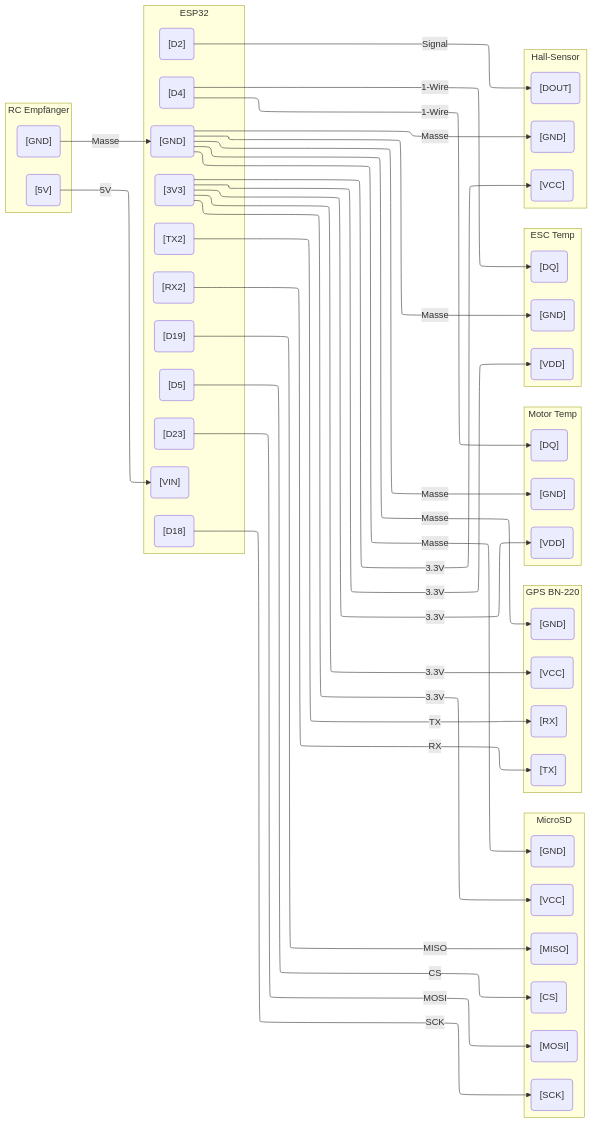
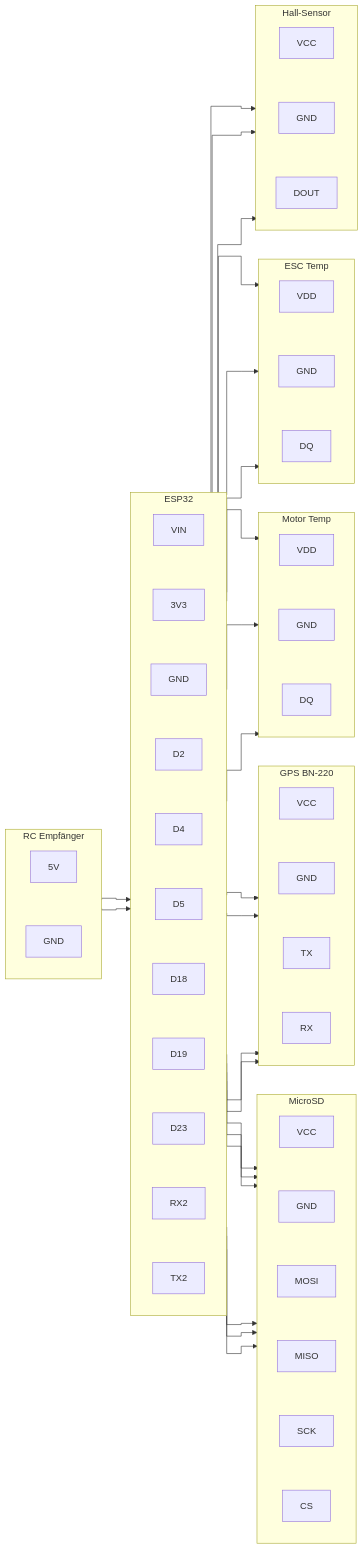
One commit to kleinnconrad/carten_telemetrie changed the diagram in schaltplan/readme.md. Above: the diagram before and after it, drawn with Mermaid.

Commit message:
docs: add readme for RC telemetry system circuit documentation

````diff
--- a/schaltplan/readme.md
+++ b/schaltplan/readme.md
@@ -25,90 +25,65 @@
 ```mermaid
-%%{init: {"flowchart": {"defaultRenderer": "elk"}}}%%
+%%{init: {"flowchart": {"curve": "stepBefore"}}}%%
 flowchart LR
     subgraph RC ["RC Empfänger"]
         direction TB
-        rc_5v("[5V]")
-        rc_gnd("[GND]")
+        rc_5v[5V] ~~~ rc_gnd[GND]
     end
 
     subgraph ESP ["ESP32"]
         direction TB
-        esp_vin("[VIN]")
-        esp_3v3("[3V3]")
-        esp_gnd("[GND]")
-        esp_d2("[D2]")
-        esp_d4("[D4]")
-        esp_d5("[D5]")
-        esp_d18("[D18]")
-        esp_d19("[D19]")
-        esp_d23("[D23]")
-        esp_rx2("[RX2]")
-        esp_tx2("[TX2]")
+        esp_vin[VIN] ~~~ esp_3v3[3V3] ~~~ esp_gnd[GND] ~~~ esp_d2[D2] ~~~ esp_d4[D4] ~~~ esp_d5[D5] ~~~ esp_d18[D18] ~~~ esp_d19[D19] ~~~ esp_d23[D23] ~~~ esp_rx2[RX2] ~~~ esp_tx2[TX2]
     end
 
     subgraph SD ["MicroSD"]
         direction TB
-        sd_vcc("[VCC]")
-        sd_gnd("[GND]")
-        sd_mosi("[MOSI]")
-        sd_miso("[MISO]")
-        sd_sck("[SCK]")
-        sd_cs("[CS]")
+        sd_vcc[VCC] ~~~ sd_gnd[GND] ~~~ sd_mosi[MOSI] ~~~ sd_miso[MISO] ~~~ sd_sck[SCK] ~~~ sd_cs[CS]
     end
 
     subgraph GPS ["GPS BN-220"]
         direction TB
-        gps_vcc("[VCC]")
-        gps_gnd("[GND]")
-        gps_tx("[TX]")
-        gps_rx("[RX]")
+        gps_vcc[VCC] ~~~ gps_gnd[GND] ~~~ gps_tx[TX] ~~~ gps_rx[RX]
     end
 
     subgraph MOT ["Motor Temp"]
         direction TB
-        mot_vcc("[VDD]")
-        mot_gnd("[GND]")
-        mot_dq("[DQ]")
+        mot_vcc[VDD] ~~~ mot_gnd[GND] ~~~ mot_dq[DQ]
     end
 
     subgraph ESC ["ESC Temp"]
         direction TB
-        esc_vcc("[VDD]")
-        esc_gnd("[GND]")
-        esc_dq("[DQ]")
+        esc_vcc[VDD] ~~~ esc_gnd[GND] ~~~ esc_dq[DQ]
     end
 
     subgraph HALL ["Hall-Sensor"]
         direction TB
-        hall_vcc("[VCC]")
-        hall_gnd("[GND]")
-        hall_do("[DOUT]")
+        hall_vcc[VCC] ~~~ hall_gnd[GND] ~~~ hall_do[DOUT]
     end
 
-    rc_5v -->|5V| esp_vin
-    rc_gnd -->|Masse| esp_gnd
+    rc_5v --> esp_vin
+    rc_gnd --> esp_gnd
 
-    esp_3v3 -->|3.3V| sd_vcc
-    esp_3v3 -->|3.3V| gps_vcc
-    esp_3v3 -->|3.3V| mot_vcc
-    esp_3v3 -->|3.3V| esc_vcc
-    esp_3v3 -->|3.3V| hall_vcc
+    esp_3v3 --> sd_vcc
+    esp_3v3 --> gps_vcc
+    esp_3v3 --> mot_vcc
+    esp_3v3 --> esc_vcc
+    esp_3v3 --> hall_vcc
 
-    esp_gnd -->|Masse| sd_gnd
-    esp_gnd -->|Masse| gps_gnd
-    esp_gnd -->|Masse| mot_gnd
-    esp_gnd -->|Masse| esc_gnd
-    esp_gnd -->|Masse| hall_gnd
+    esp_gnd --> sd_gnd
+    esp_gnd --> gps_gnd
+    esp_gnd --> mot_gnd
+    esp_gnd --> esc_gnd
+    esp_gnd --> hall_gnd
 
-    esp_d23 -->|MOSI| sd_mosi
-    esp_d19 -->|MISO| sd_miso
-    esp_d18 -->|SCK| sd_sck
-    esp_d5 -->|CS| sd_cs
+    esp_d23 --> sd_mosi
+    esp_d19 --> sd_miso
+    esp_d18 --> sd_sck
+    esp_d5 --> sd_cs
 
-    esp_rx2 -->|RX| gps_tx
-    esp_tx2 -->|TX| gps_rx
+    esp_rx2 --> gps_tx
+    esp_tx2 --> gps_rx
 
-    esp_d4 -->|1-Wire| mot_dq
-    esp_d4 -->|1-Wire| esc_dq
-    esp_d2 -->|Signal| hall_do
+    esp_d4 --> mot_dq
+    esp_d4 --> esc_dq
+    esp_d2 --> hall_do
 ```
````
